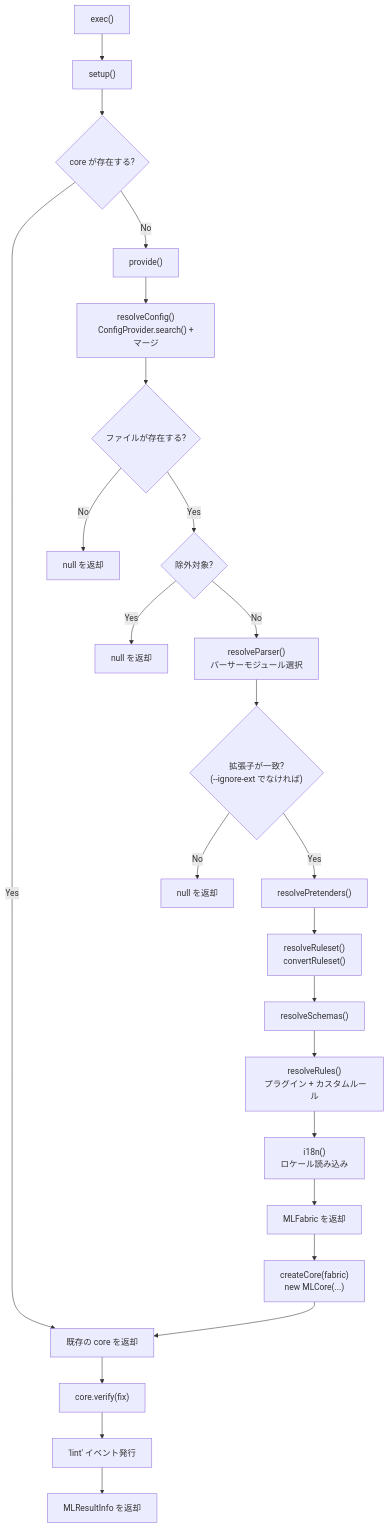
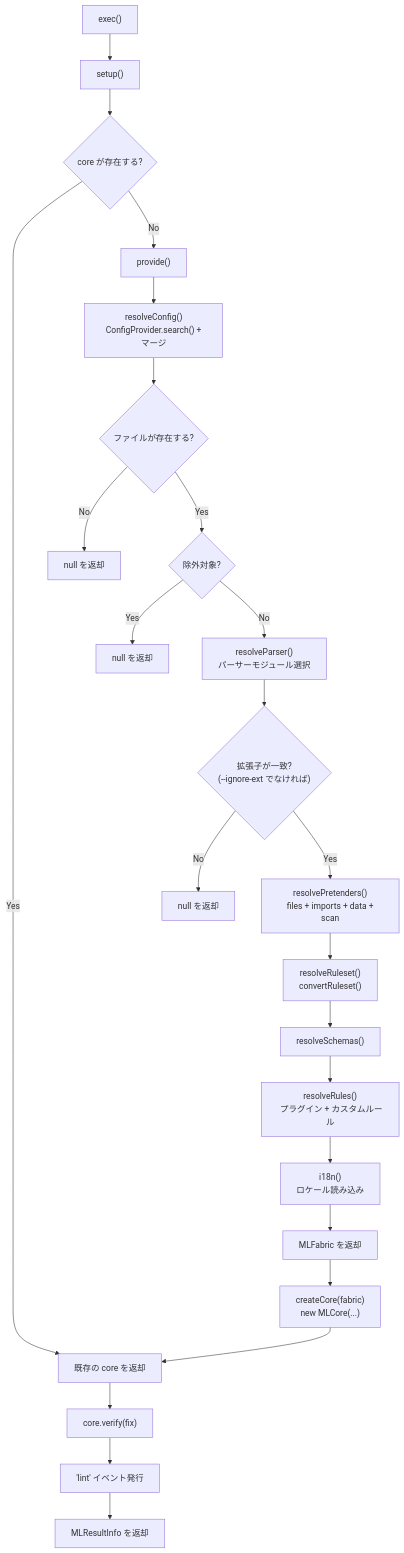
One commit to markuplint/markuplint changed the second of 3 diagrams in packages/markuplint/ARCHITECTURE.ja.md. Above: the diagram before and after it, drawn with Mermaid. The commit also changed 12 other files, not shown here.

First line of the commit message:
docs(pretenders,ml-config): update documentation for dynamic scan feature

````diff
--- a/packages/markuplint/ARCHITECTURE.ja.md
+++ b/packages/markuplint/ARCHITECTURE.ja.md
@@ -134,29 +134,29 @@
 ```mermaid
 flowchart TD
     Exec["exec()"] --> Setup["setup()"]
     Setup --> CoreExists{"core が存在する?"}
     CoreExists -->|Yes| ReturnCore["既存の core を返却"]
     CoreExists -->|No| Provide["provide()"]
 
     Provide --> ResolveConfig["resolveConfig()\n ConfigProvider.search() + マージ"]
     ResolveConfig --> FileExists{"ファイルが存在する?"}
     FileExists -->|No| ReturnNull1["null を返却"]
     FileExists -->|Yes| ExcludeCheck{"除外対象?"}
     ExcludeCheck -->|Yes| ReturnNull2["null を返却"]
     ExcludeCheck -->|No| ResolveParser["resolveParser()\n パーサーモジュール選択"]
     ResolveParser --> ExtCheck{"拡張子が一致?\n(--ignore-ext でなければ)"}
     ExtCheck -->|No| ReturnNull3["null を返却"]
-    ExtCheck -->|Yes| ResolvePretenders["resolvePretenders()"]
+    ExtCheck -->|Yes| ResolvePretenders["resolvePretenders()\n files + imports + data + scan"]
     ResolvePretenders --> ResolveRuleset["resolveRuleset()\n convertRuleset()"]
     ResolveRuleset --> ResolveSchemas["resolveSchemas()"]
     ResolveSchemas --> ResolveRules["resolveRules()\n プラグイン + カスタムルール"]
     ResolveRules --> LoadI18n["i18n()\n ロケール読み込み"]
     LoadI18n --> ReturnFabric["MLFabric を返却"]
 
     ReturnFabric --> CreateCore["createCore(fabric)\n new MLCore(...)"]
     CreateCore --> ReturnCore
 
     ReturnCore --> Verify["core.verify(fix)"]
     Verify --> EmitLint["'lint' イベント発行"]
     EmitLint --> ReturnResult["MLResultInfo を返却"]
 ```
````
